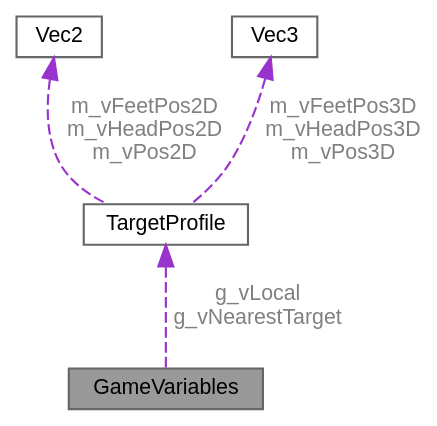
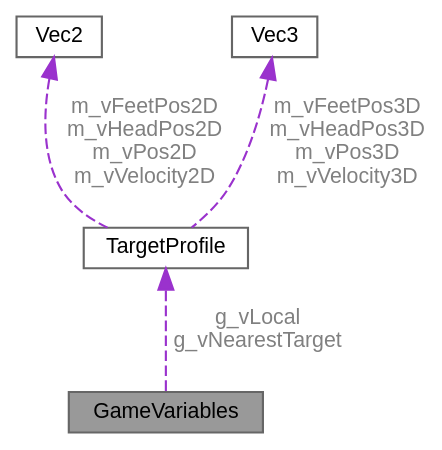
Before and after one commit to kiocode/xenon: the diagram in d8/dbe/classGameVariables__coll__graph.dot, drawn with Graphviz. The commit also changed 35 other files, not shown here.

```diff
--- a/d8/dbe/classGameVariables__coll__graph.dot
+++ b/d8/dbe/classGameVariables__coll__graph.dot
@@ -1,14 +1,14 @@
 digraph "GameVariables"
 {
  // LATEX_PDF_SIZE
   bgcolor="transparent";
   edge [fontname=Helvetica,fontsize=10,labelfontname=Helvetica,labelfontsize=10];
   node [fontname=Helvetica,fontsize=10,shape=box,height=0.2,width=0.4];
-  Node1 [id="Node000001",label="GameVariables",height=0.2,width=0.4,color="gray40", fillcolor="grey60", style="filled", fontcolor="black",tooltip="Stores game-related variables for managing targets and the local player."];
+  Node1 [id="Node000001",label="GameVariables",height=0.2,width=0.4,color="gray40", fillcolor="grey60", style="filled", fontcolor="black",tooltip=" "];
   Node2 -> Node1 [id="edge1_Node000001_Node000002",dir="back",color="darkorchid3",style="dashed",tooltip=" ",label=" g_vLocal\ng_vNearestTarget",fontcolor="grey" ];
   Node2 [id="Node000002",label="TargetProfile",height=0.2,width=0.4,color="gray40", fillcolor="white", style="filled",URL="$db/d59/classTargetProfile.html",tooltip=" "];
-  Node3 -> Node2 [id="edge2_Node000002_Node000003",dir="back",color="darkorchid3",style="dashed",tooltip=" ",label=" m_vFeetPos2D\nm_vHeadPos2D\nm_vPos2D",fontcolor="grey" ];
+  Node3 -> Node2 [id="edge2_Node000002_Node000003",dir="back",color="darkorchid3",style="dashed",tooltip=" ",label=" m_vFeetPos2D\nm_vHeadPos2D\nm_vPos2D\nm_vVelocity2D",fontcolor="grey" ];
   Node3 [id="Node000003",label="Vec2",height=0.2,width=0.4,color="gray40", fillcolor="white", style="filled",URL="$d3/d95/classVec2.html",tooltip=" "];
-  Node4 -> Node2 [id="edge3_Node000002_Node000004",dir="back",color="darkorchid3",style="dashed",tooltip=" ",label=" m_vFeetPos3D\nm_vHeadPos3D\nm_vPos3D",fontcolor="grey" ];
+  Node4 -> Node2 [id="edge3_Node000002_Node000004",dir="back",color="darkorchid3",style="dashed",tooltip=" ",label=" m_vFeetPos3D\nm_vHeadPos3D\nm_vPos3D\nm_vVelocity3D",fontcolor="grey" ];
   Node4 [id="Node000004",label="Vec3",height=0.2,width=0.4,color="gray40", fillcolor="white", style="filled",URL="$d9/de4/classVec3.html",tooltip=" "];
 }
```
